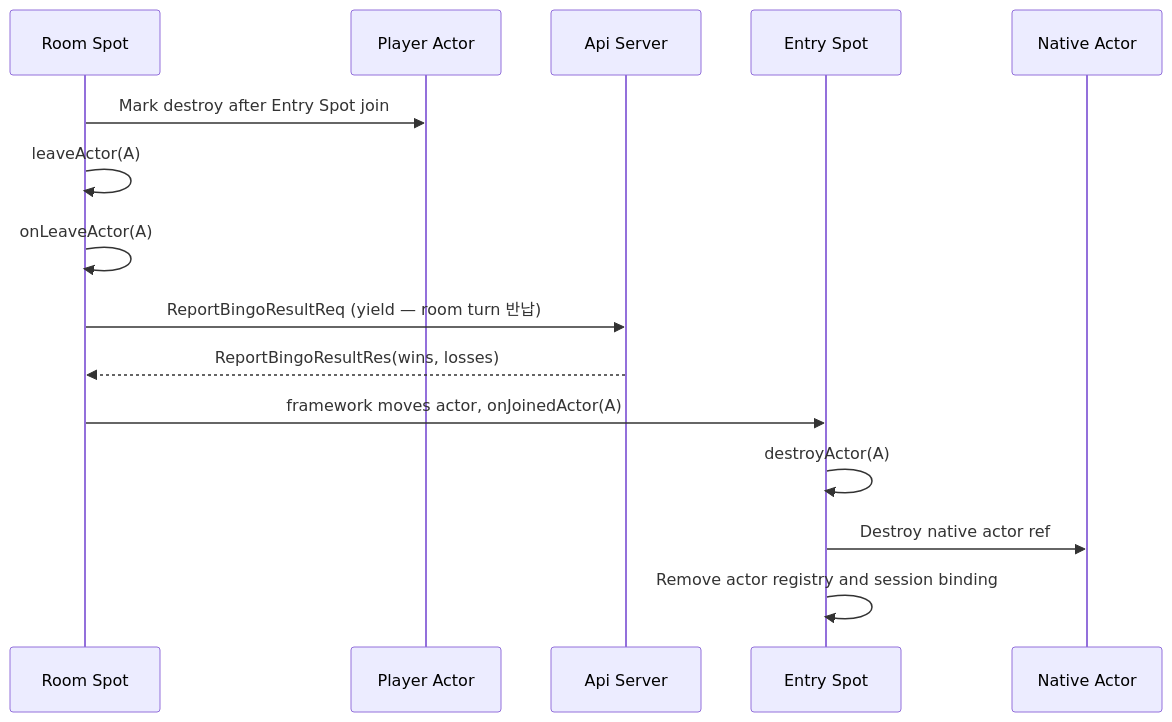
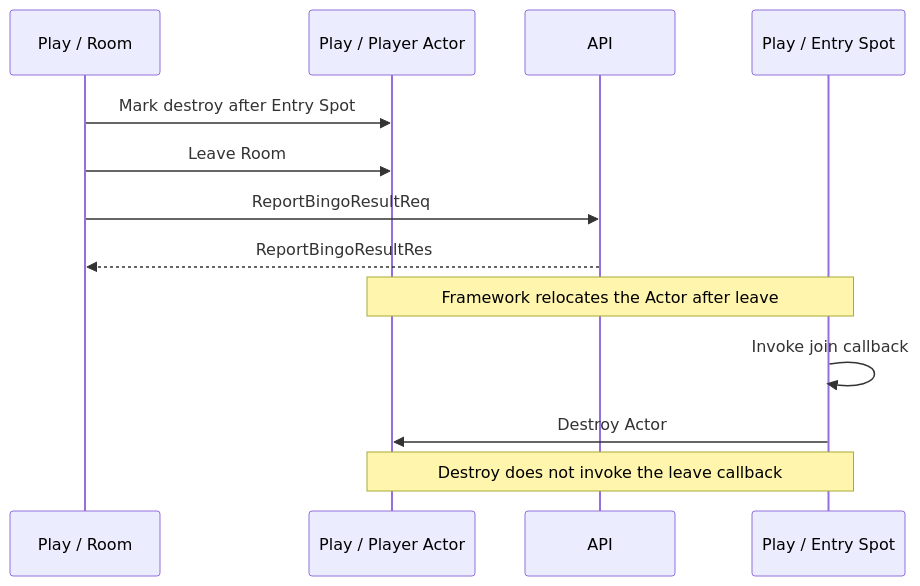
One commit to kairos-code-dev/zlink changed the sixth of 6 diagrams in framework/doc/framework/common/sample/bingo/README.ko.md. Above: the diagram before and after it, drawn with Mermaid. The commit also changed other lines of this file and 39 other files, not shown here.

````diff
--- a/framework/doc/framework/common/sample/bingo/README.ko.md
+++ b/framework/doc/framework/common/sample/bingo/README.ko.md
@@ -1217,18 +573,16 @@
 ```mermaid
 sequenceDiagram
-    participant R as Room Spot
-    participant A as Player Actor
-    participant API as Api Server
-    participant E as Entry Spot
-    participant N as Native Actor
+    participant Room as Play / Room
+    participant PlayerActor as Play / Player Actor
+    participant API
+    participant EntrySpot as Play / Entry Spot
 
-    R->>A: Mark destroy after Entry Spot join
-    R->>R: leaveActor(A)
-    R->>R: onLeaveActor(A)
-    R->>API: ReportBingoResultReq (yield — room turn 반납)
-    API-->>R: ReportBingoResultRes(wins, losses)
-    R->>E: framework moves actor, onJoinedActor(A)
-    E->>E: destroyActor(A)
-    E->>N: Destroy native actor ref
-    E->>E: Remove actor registry and session binding
+    Room->>PlayerActor: Mark destroy after Entry Spot
+    Room->>PlayerActor: Leave Room
+    Room->>API: ReportBingoResultReq
+    API-->>Room: ReportBingoResultRes
+    Note over PlayerActor,EntrySpot: Framework relocates the Actor after leave
+    EntrySpot->>EntrySpot: Invoke join callback
+    EntrySpot->>PlayerActor: Destroy Actor
+    Note over EntrySpot,PlayerActor: Destroy does not invoke the leave callback
 ```
````
